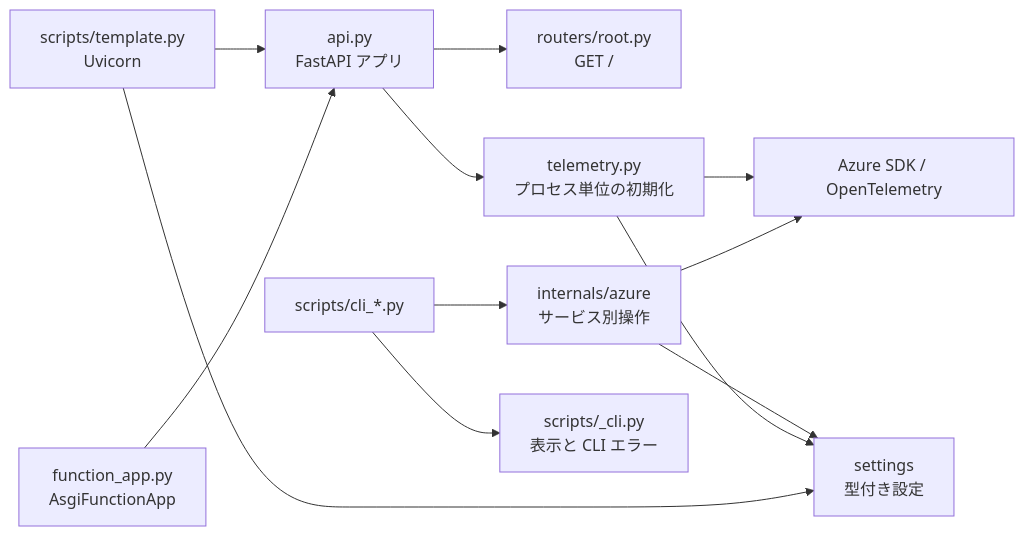
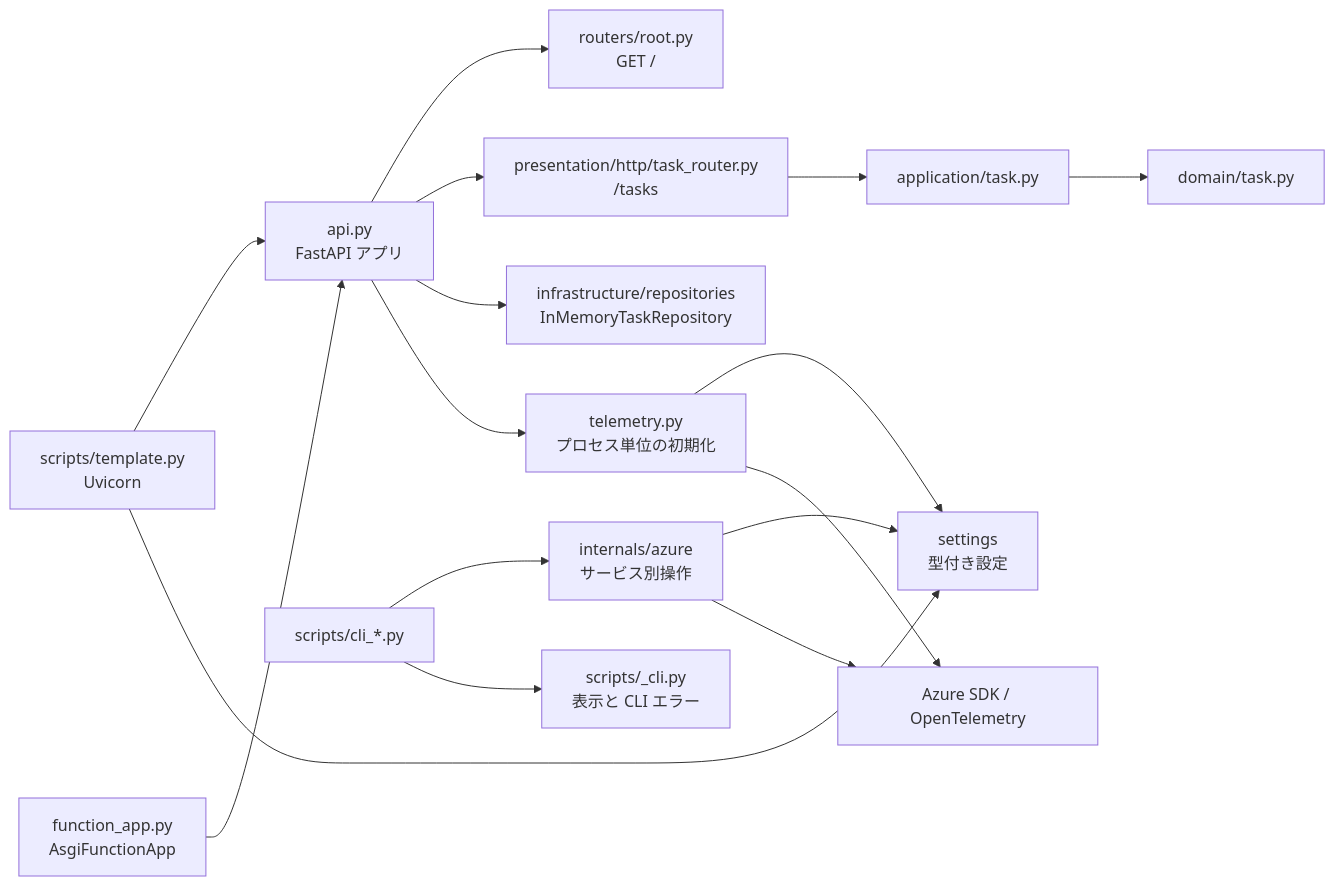
Before and after one commit to ks6088ts-labs/template-azure-python: the second of 3 diagrams in docs/architecture/index.ja.md, drawn with Mermaid. The commit also changed other lines of this file and 1 other file, not shown here.

Commit message:
Refactor architecture documentation to enhance clarity on Clean Architecture and DDD principles

````diff
--- a/docs/architecture/index.ja.md
+++ b/docs/architecture/index.ja.md
@@ -62,14 +117,18 @@
 ```mermaid
 flowchart LR
     launcher["scripts/template.py<br/>Uvicorn"] --> api["api.py<br/>FastAPI アプリ"]
     functions["function_app.py<br/>AsgiFunctionApp"] --> api
     api --> root["routers/root.py<br/>GET /"]
+    api --> tasks["presentation/http/task_router.py<br/>/tasks"]
+    tasks --> usecases["application/task.py"]
+    usecases --> domain["domain/task.py"]
+    api --> memory["infrastructure/repositories<br/>InMemoryTaskRepository"]
     api --> telemetry["telemetry.py<br/>プロセス単位の初期化"]
     cli["scripts/cli_*.py"] --> operations["internals/azure<br/>サービス別操作"]
     cli --> presentation["scripts/_cli.py<br/>表示と CLI エラー"]
     operations --> settings["settings<br/>型付き設定"]
     telemetry --> settings
     telemetry --> sdk
     launcher --> settings
     operations --> sdk["Azure SDK / OpenTelemetry"]
 ```
````
